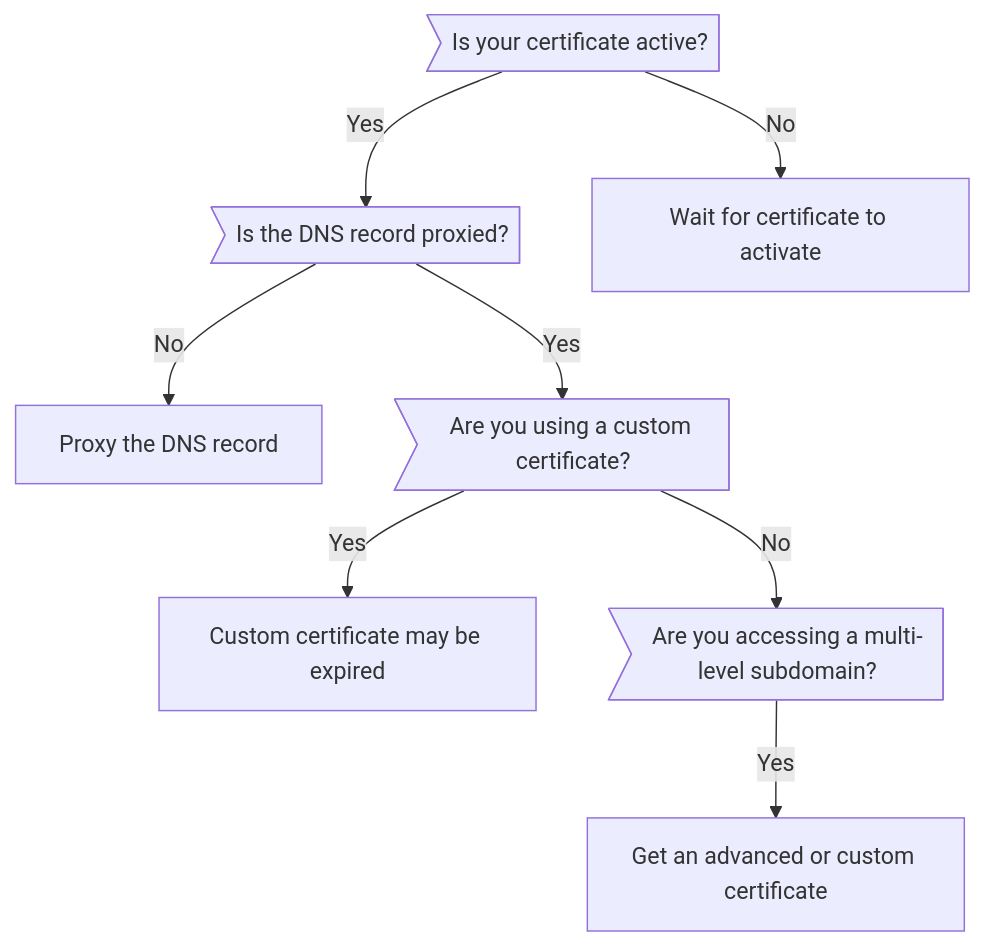
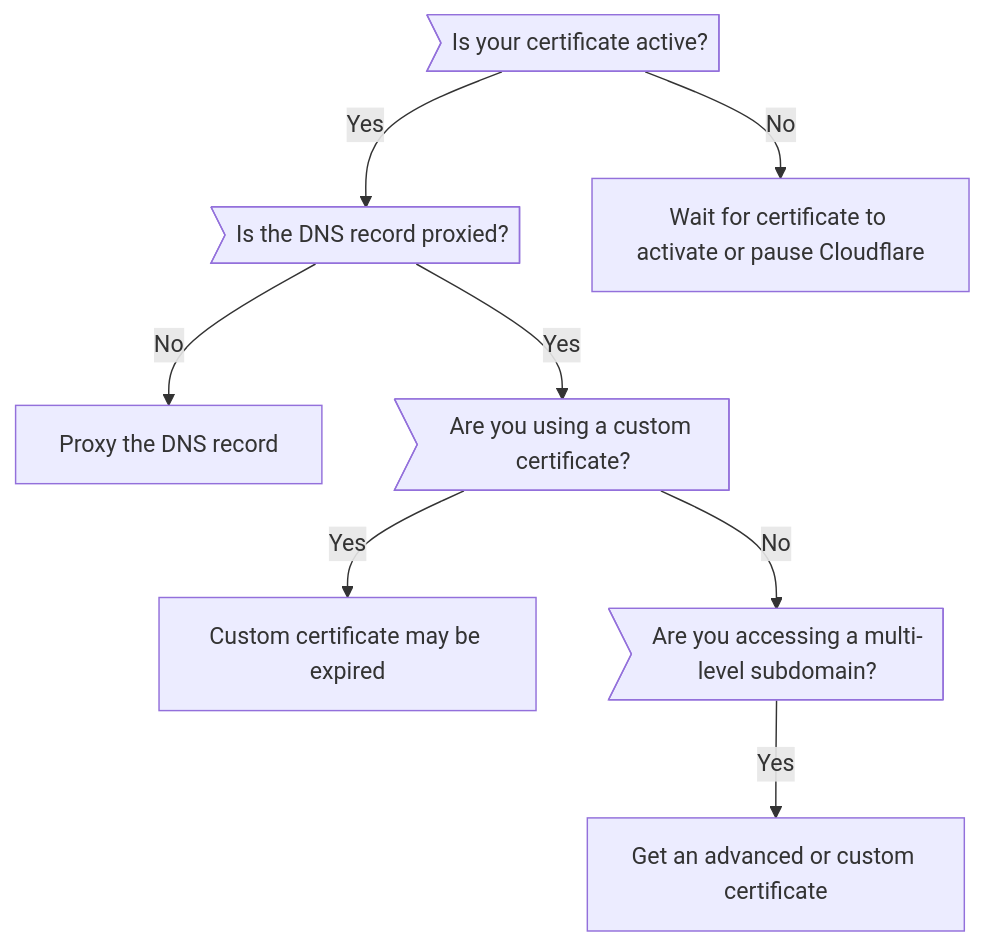
Before and after one commit to cloudflare/cloudflare-docs: the diagram in content/ssl/troubleshooting/version-cipher-mismatch.md, drawn with Mermaid. The commit also changed 6 other files, not shown here.

````diff
--- a/content/ssl/troubleshooting/version-cipher-mismatch.md
+++ b/content/ssl/troubleshooting/version-cipher-mismatch.md
@@ -23,11 +23,11 @@
 ```mermaid
 flowchart TD
 accTitle: Troubleshooting ERR_SSL_VERSION_OR_CIPHER_MISMATCH decision tree
 A>Is your certificate active?] -- Yes --> B>Is the DNS record proxied?]
-A -- No --> C[Wait for certificate to activate]
+A -- No --> C[Wait for certificate to activate or pause Cloudflare]
 B -- No --> D[Proxy the DNS record]
 B -- Yes --> E>Are you using a custom certificate?]
 E -- Yes --> F[Custom certificate may be expired]
 E -- No --> G>Are you accessing a multi-level subdomain?]
 G -- Yes --> H[Get an advanced or custom certificate]
 ```
````
